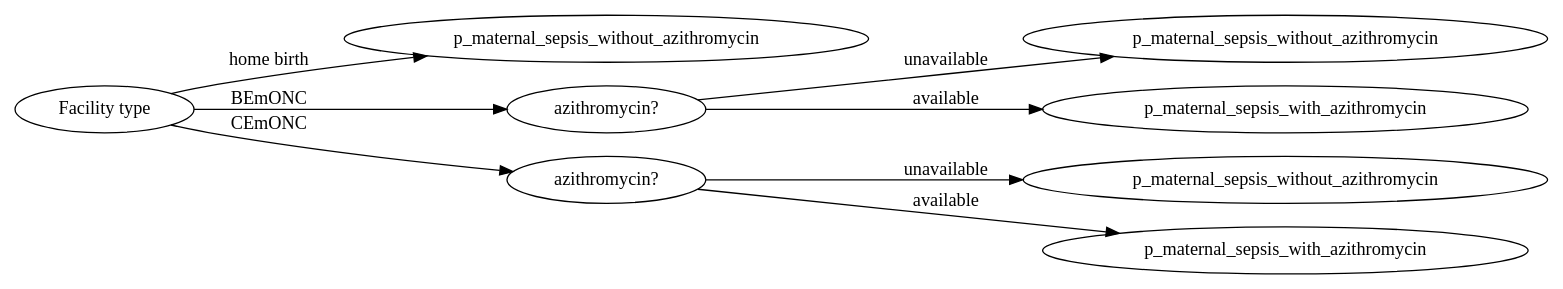
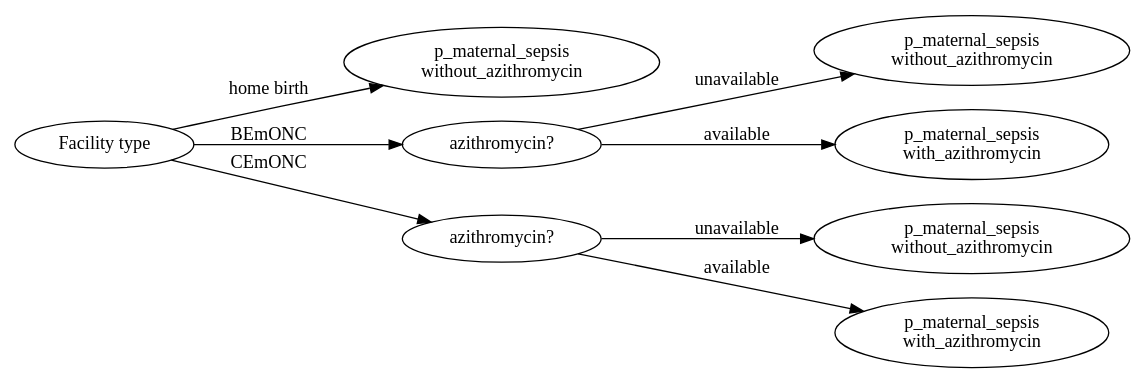
The diagram in docs/source/models/intervention_models/intrapartum/azithromycin_intervention.rst (ihmeuw/vivarium_research), drawn with Graphviz before and after one commit. The commit also changed 9 other files, not shown here.

First line of the commit message:
Make graphviz cause model diagrams more compact and vertical

```diff
--- a/docs/source/models/intervention_models/intrapartum/azithromycin_intervention.rst
+++ b/docs/source/models/intervention_models/intrapartum/azithromycin_intervention.rst
@@ -149,23 +149,23 @@
 .. graphviz::
 
     digraph azithromycin {
         rankdir = LR;
         facility [label="Facility type"]
-        home [label="p_maternal_sepsis_without_azithromycin"]
+        home [label="p_maternal_sepsis\nwithout_azithromycin"]
         BEmONC [label="azithromycin?"]
         CEmONC [label="azithromycin?"]
-        BEmONC_wo [label="p_maternal_sepsis_without_azithromycin"] 
-        BEmONC_w [label="p_maternal_sepsis_with_azithromycin"]
-        CEmONC_wo [label="p_maternal_sepsis_without_azithromycin"] 
-        CEmONC_w [label="p_maternal_sepsis_with_azithromycin"]
+        BEmONC_wo [label="p_maternal_sepsis\nwithout_azithromycin"]
+        BEmONC_w [label="p_maternal_sepsis\nwith_azithromycin"]
+        CEmONC_wo [label="p_maternal_sepsis\nwithout_azithromycin"]
+        CEmONC_w [label="p_maternal_sepsis\nwith_azithromycin"]
 
         facility -> home  [label = "home birth"]
         facility -> BEmONC  [label = "BEmONC"]
         facility -> CEmONC  [label = "CEmONC"]
 
         BEmONC -> BEmONC_w  [label = "available"]
         BEmONC -> BEmONC_wo  [label = "unavailable"]
 
         CEmONC -> CEmONC_w  [label = "available"]
         CEmONC -> CEmONC_wo  [label = "unavailable"]
     }
```
